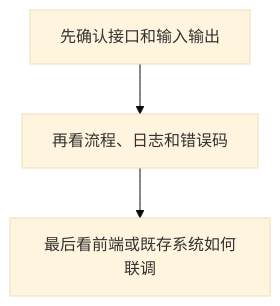
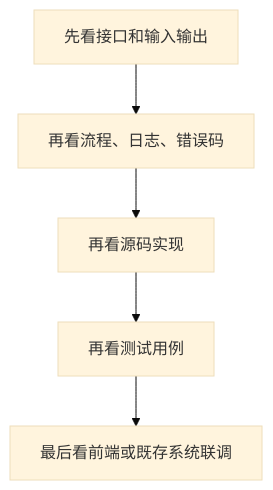
One commit to kurekako2017/vscode_study changed the fifth of 5 diagrams in ai-lab/ai-learn/retail-insight-ai/docs/learning/memo-01.md. Above: the diagram before and after it, drawn with Mermaid (base theme). The commit also changed other lines of this file and 1 other file, not shown here.

````diff
--- a/ai-lab/ai-learn/retail-insight-ai/docs/learning/memo-01.md
+++ b/ai-lab/ai-learn/retail-insight-ai/docs/learning/memo-01.md
@@ -293,5 +235,7 @@
 ```mermaid
 flowchart TD
-    A[先确认接口和输入输出] --> B[再看流程、日志和错误码]
-    B --> C[最后看前端或既存系统如何联调]
+    A[先看接口和输入输出] --> B[再看流程、日志、错误码]
+    B --> C[再看源码实现]
+    C --> D[再看测试用例]
+    D --> E[最后看前端或既存系统联调]
 ```
````
